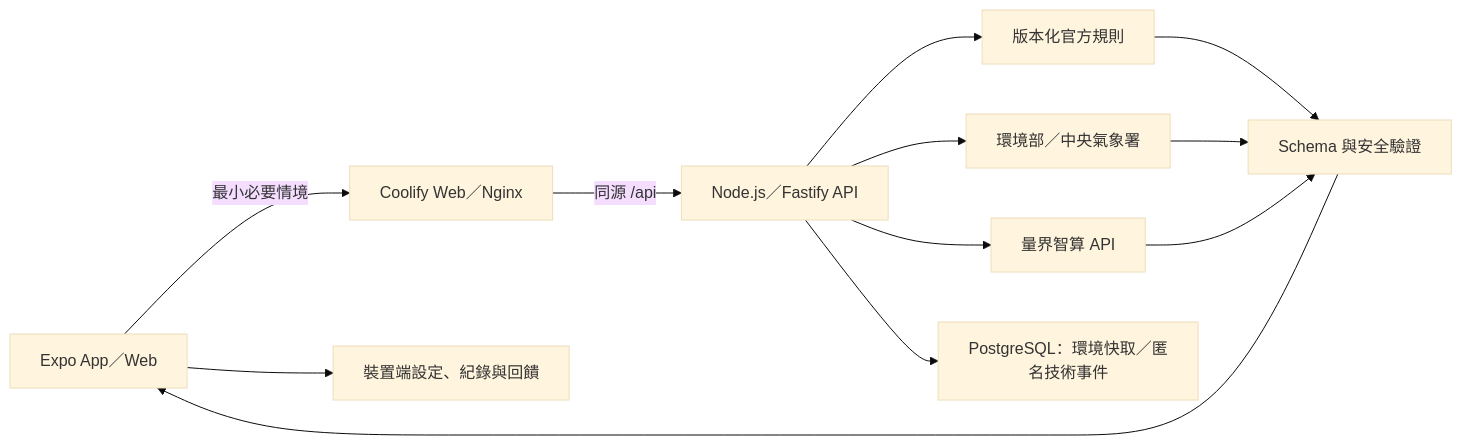
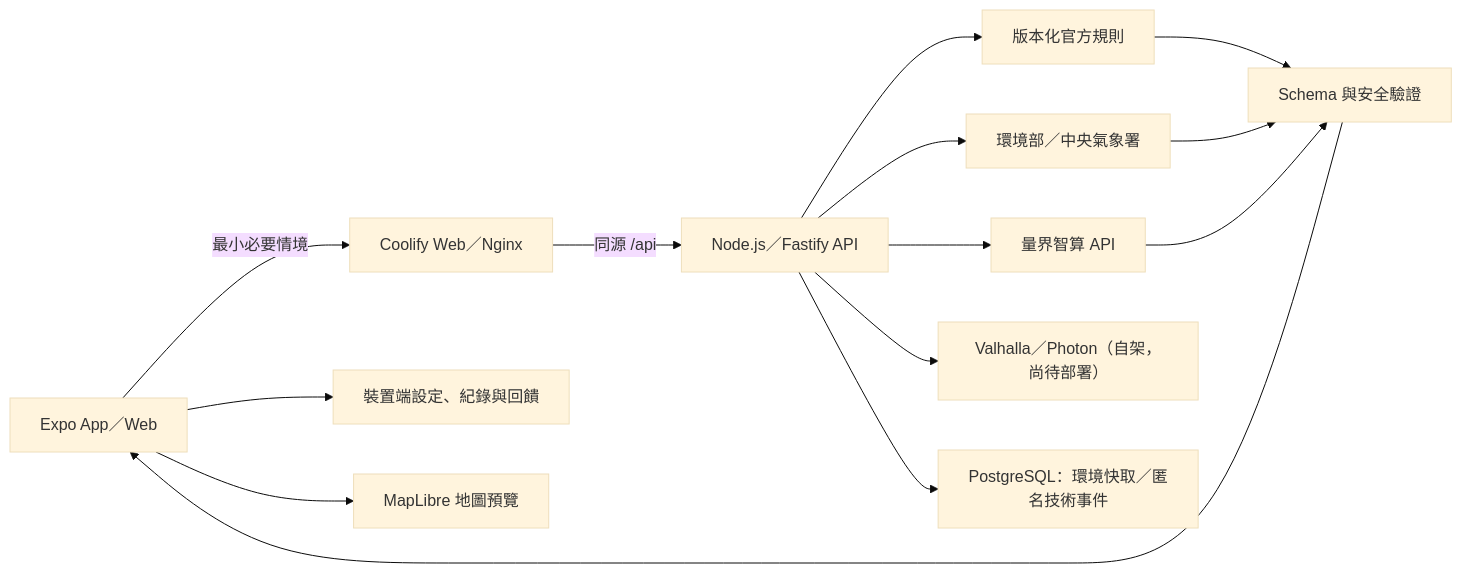
One commit to Sutdents-Project-Hub/AirMe changed the diagram in README.md. Above: the diagram before and after it, drawn with Mermaid (base theme). The commit also changed other lines of this file and 72 other files, not shown here.

````diff
--- a/README.md
+++ b/README.md
@@ -53,14 +53,16 @@
 ```mermaid
 flowchart LR
   U["Expo App／Web"] -->|"最小必要情境"| W["Coolify Web／Nginx"]
   W -->|"同源 /api"| F["Node.js／Fastify API"]
   F --> R["版本化官方規則"]
   F --> E["環境部／中央氣象署"]
   F --> A["量界智算 API"]
+  F --> M["Valhalla／Photon（自架，尚待部署）"]
   F --> P["PostgreSQL：環境快取／匿名技術事件"]
   R --> V["Schema 與安全驗證"]
   E --> V
   A --> V
   V --> U
   U --> L["裝置端設定、紀錄與回饋"]
+  U --> G["MapLibre 地圖預覽"]
 ```
````
